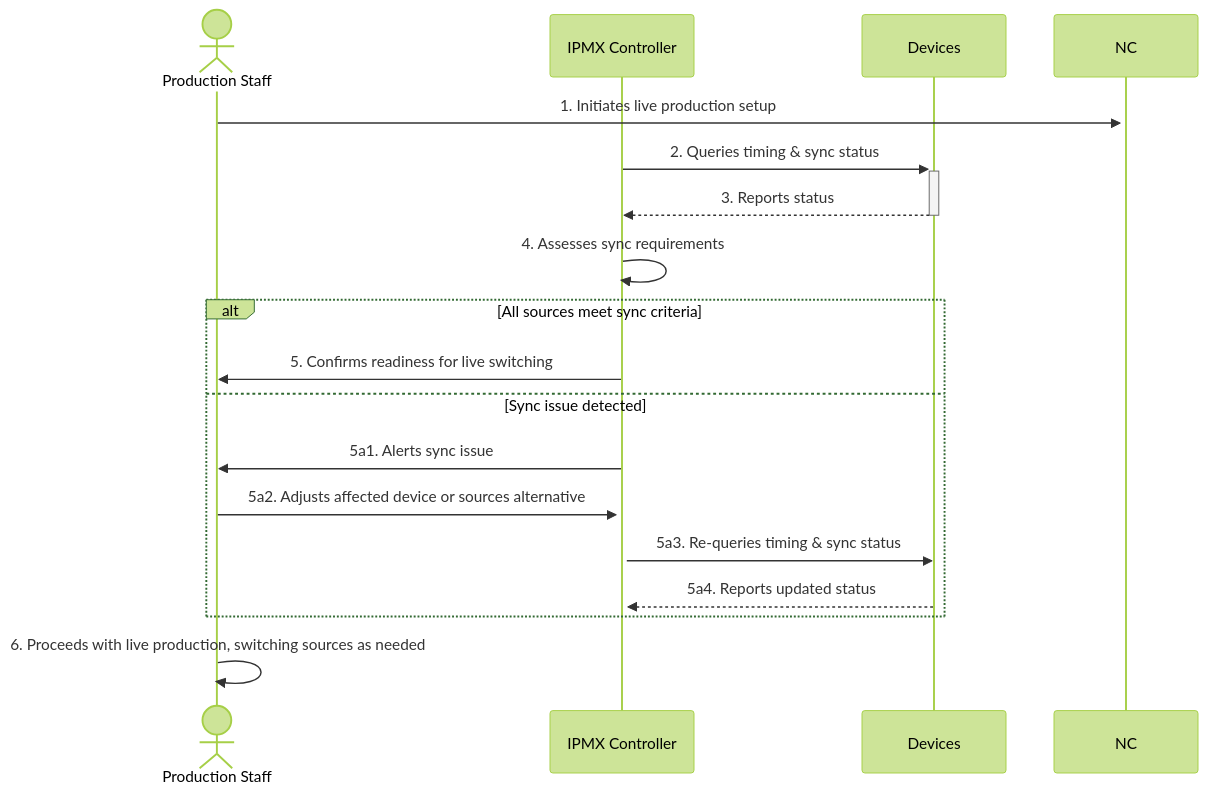
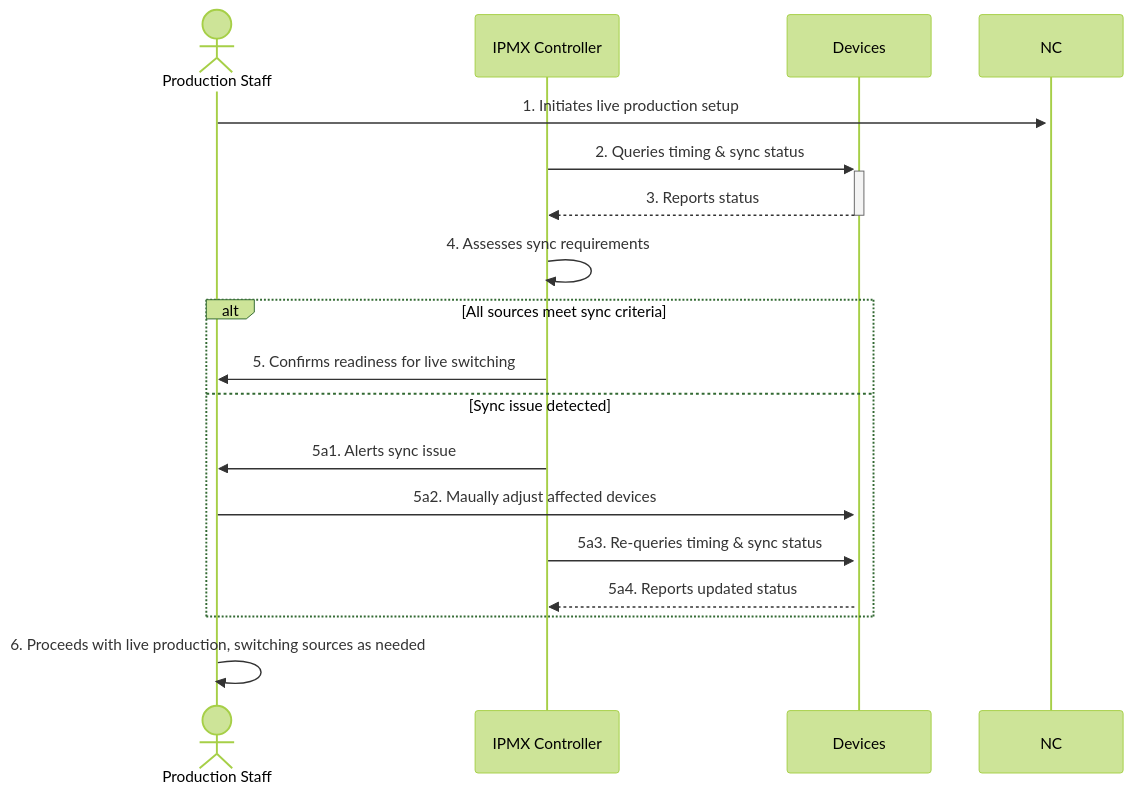
One commit to rbgodwin-nt/amwa-requirements-tracking changed the diagram in IPMX/ProductionWorkflowEnhancement/Synchronization/UseCases/LiveProductionSwitching.md. Above: the diagram before and after it, drawn with Mermaid (forest theme).

Commit message:
Update LiveProductionSwitching.md
Remove choice of using alternative media (sender/receiver). Focus on scenario that requires operator to adjust/fix devices that are not in sync.

````diff
--- a/IPMX/ProductionWorkflowEnhancement/Synchronization/UseCases/LiveProductionSwitching.md
+++ b/IPMX/ProductionWorkflowEnhancement/Synchronization/UseCases/LiveProductionSwitching.md
@@ -55,20 +55,20 @@
 ```mermaid
 sequenceDiagram
     actor PS as Production Staff
     participant IPMXC as IPMX Controller
     participant DS as Devices
  
     PS->>+NC: 1. Initiates live production setup
     IPMXC->>+DS: 2. Queries timing & sync status
     DS-->>-IPMXC: 3. Reports status
     IPMXC->>IPMXC: 4. Assesses sync requirements
     alt All sources meet sync criteria
         IPMXC->>PS: 5. Confirms readiness for live switching
     else Sync issue detected
         IPMXC->>PS: 5a1. Alerts sync issue
-        PS->>+IPMXC: 5a2. Adjusts affected device or sources alternative
+        PS->>+DS: 5a2. Maually adjust affected devices
         IPMXC->>DS: 5a3. Re-queries timing & sync status
      DS-->>IPMXC: 5a4. Reports updated status
     end
    PS->>PS: 6. Proceeds with live production, switching sources as needed
 ```
````
